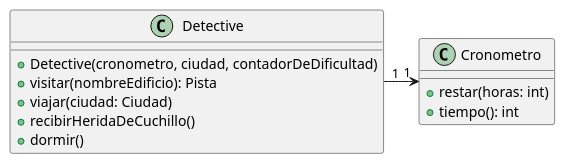
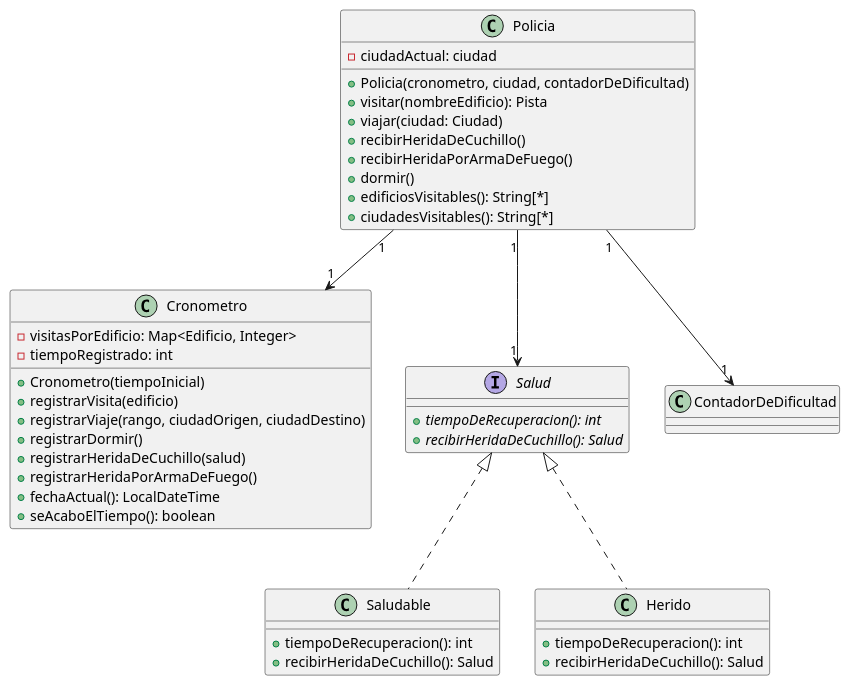
The diagram in diagrams/classes/clase_policia.plantuml (MegaRedHand/algo-thief), drawn with PlantUML before and after one commit. The commit also changed 37 other files, not shown here.

Commit message:
docs: actualizo los diagramas de clase

```diff
--- a/diagrams/classes/clase_policia.plantuml
+++ b/diagrams/classes/clase_policia.plantuml
@@ -1,19 +1,47 @@
 @startuml
 
-class Detective {
-    + Detective(cronometro, ciudad, contadorDeDificultad)
+class Policia {
+    - ciudadActual: ciudad
+    + Policia(cronometro, ciudad, contadorDeDificultad)
     + visitar(nombreEdificio): Pista
     + viajar(ciudad: Ciudad)
     + recibirHeridaDeCuchillo()
+    + recibirHeridaPorArmaDeFuego()
     + dormir()
+    + edificiosVisitables(): String[*]
+    + ciudadesVisitables(): String[*]
 }
 
 class Cronometro {
-    + restar(horas: int)
-    + tiempo(): int
+    - visitasPorEdificio: Map<Edificio, Integer>
+    - tiempoRegistrado: int
+    + Cronometro(tiempoInicial)
+    + registrarVisita(edificio)
+    + registrarViaje(rango, ciudadOrigen, ciudadDestino)
+    + registrarDormir()
+    + registrarHeridaDeCuchillo(salud)
+    + registrarHeridaPorArmaDeFuego()
+    + fechaActual(): LocalDateTime
+    + seAcaboElTiempo(): boolean
 }
 
-Detective "1" -> "1" Cronometro
+interface Salud {
+    + {abstract} tiempoDeRecuperacion(): int
+    + {abstract} recibirHeridaDeCuchillo(): Salud
+}
+
+class Saludable implements Salud {
+    + tiempoDeRecuperacion(): int
+    + recibirHeridaDeCuchillo(): Salud
+}
+class Herido implements Salud {
+    + tiempoDeRecuperacion(): int
+    + recibirHeridaDeCuchillo(): Salud
+}
+
+Policia "1" --> "1" Cronometro
+Policia "1" --> "1" ContadorDeDificultad
+Policia "1" --> "1" Salud
 
 
 @enduml
```
